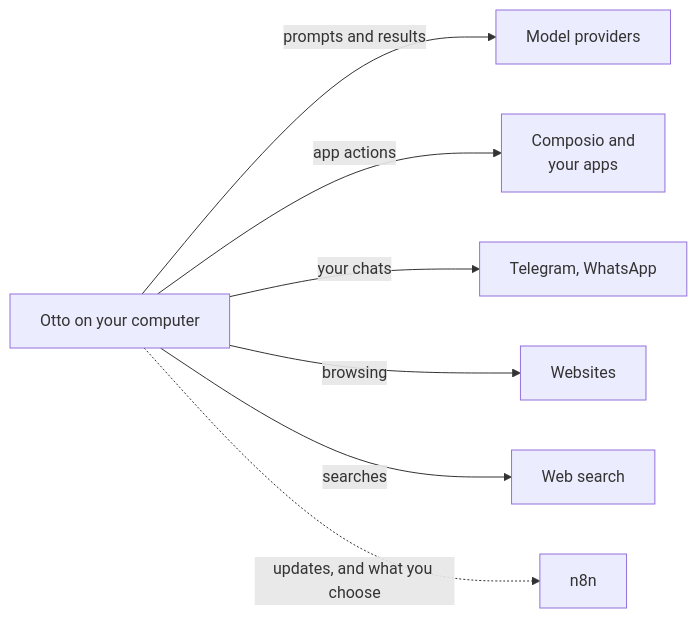
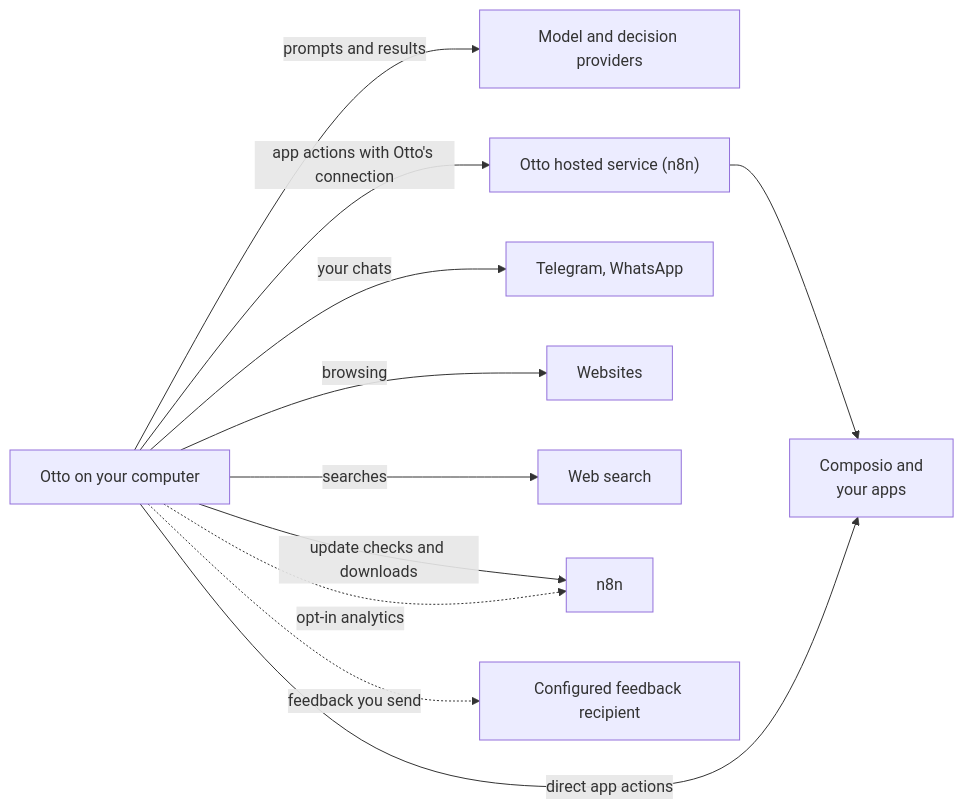
Before and after one commit to KrishBhimani/nod: the diagram in docs/src/content/docs/trust/privacy.md, drawn with Mermaid. The commit also changed other lines of this file and 104 other files, not shown here.

Commit message:
feat: connect apps with Google sign-in or a Composio key (#204)

````diff
--- a/docs/src/content/docs/trust/privacy.md
+++ b/docs/src/content/docs/trust/privacy.md
@@ -25,10 +27,14 @@
 ```mermaid
 flowchart LR
   otto[Otto on your computer]:::accent
-  otto -- prompts and results --> model[Model providers]
-  otto -- app actions --> apps[Composio and<br/>your apps]
+  otto -- prompts and results --> model[Model and decision providers]
+  otto -- app actions with Otto's connection --> managed["Otto hosted service (n8n)"]
+  managed --> apps[Composio and<br/>your apps]
+  otto -- direct app actions --> apps
   otto -- your chats --> chat[Telegram, WhatsApp]
   otto -- browsing --> web[Websites]
   otto -- searches --> search[Web search]
-  otto -. updates, and what you choose .-> n8n[n8n]:::muted
+  otto -- update checks and downloads --> n8n[n8n]:::muted
+  otto -. opt-in analytics .-> n8n[n8n]:::muted
+  otto -. feedback you send .-> feedback[Configured feedback recipient]:::muted
 ```
````
